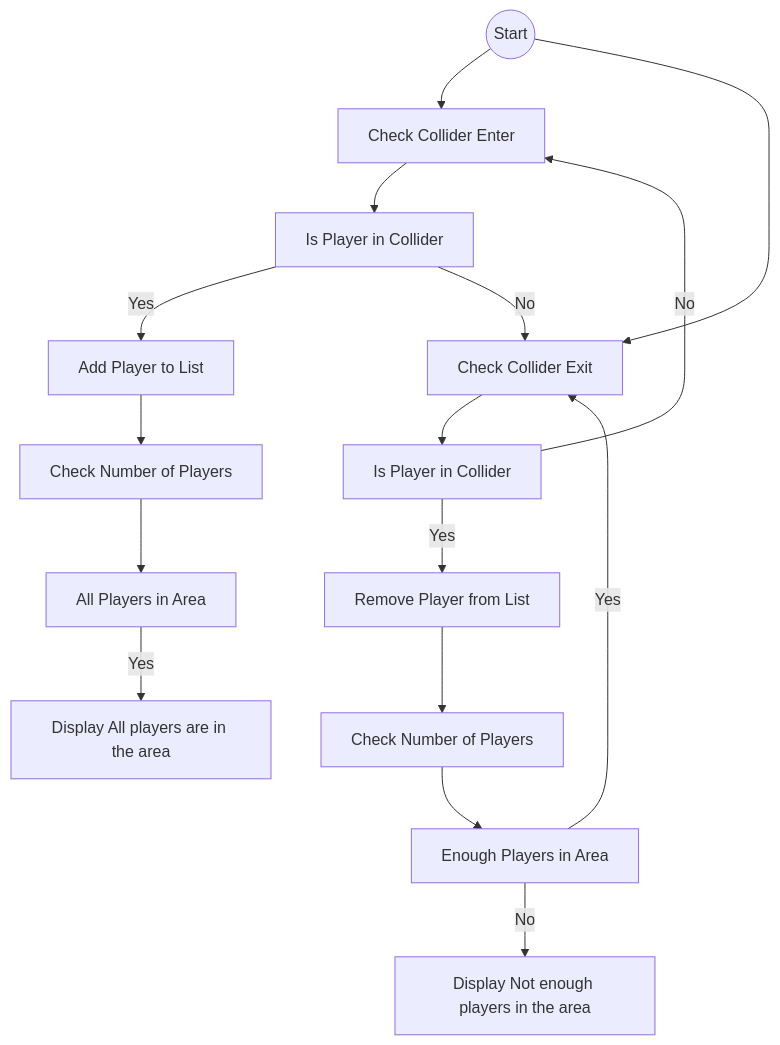
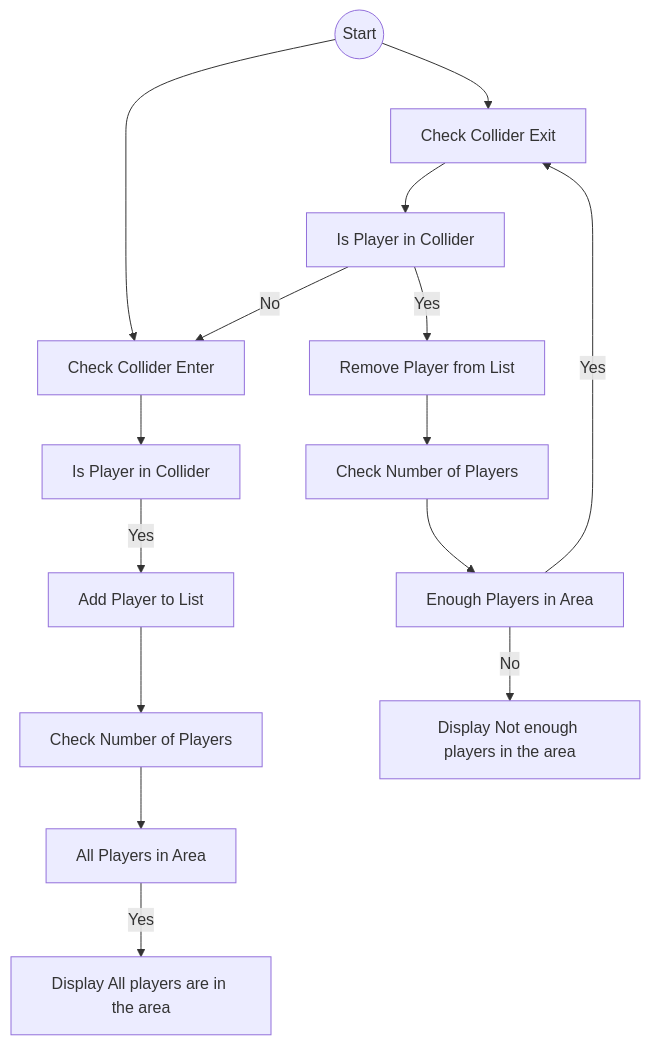
The third of 3 diagrams in README.md (PAP0/Linx-Game), drawn with Mermaid before and after one commit.

```diff
--- a/README.md
+++ b/README.md
@@ -104,32 +104,31 @@
 ~~~mermaid
 flowchart TD; 
     A((Start))
     B[Check Collider Enter]
     C[Is Player in Collider]
     D[Add Player to List]
     E[Check Number of Players]
     F[All Players in Area]
     G[Display All players are in the area]
     H[Check Collider Exit]
     I[Is Player in Collider]
     J[Remove Player from List]
     K[Check Number of Players]
     L[Enough Players in Area]
     M[Display Not enough players in the area]
     
     A --> B
     A --> H
     B --> C
     C -- Yes --> D
     D --> E
     E --> F
     F -- Yes --> G
     H --> I
     I -- Yes --> J
     J --> K
     K --> L
     L -- No --> M
     L -- Yes --> H
-    C -- No --> H
     I -- No --> B
 ~~~
```
